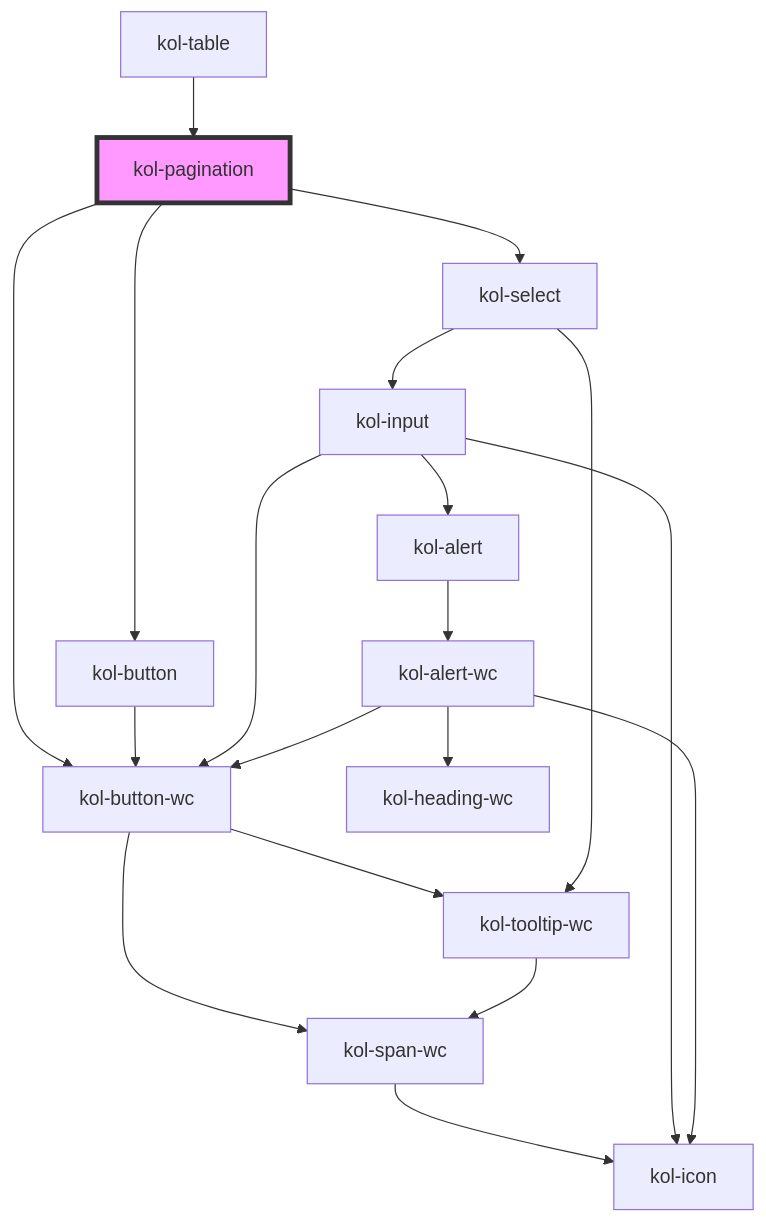
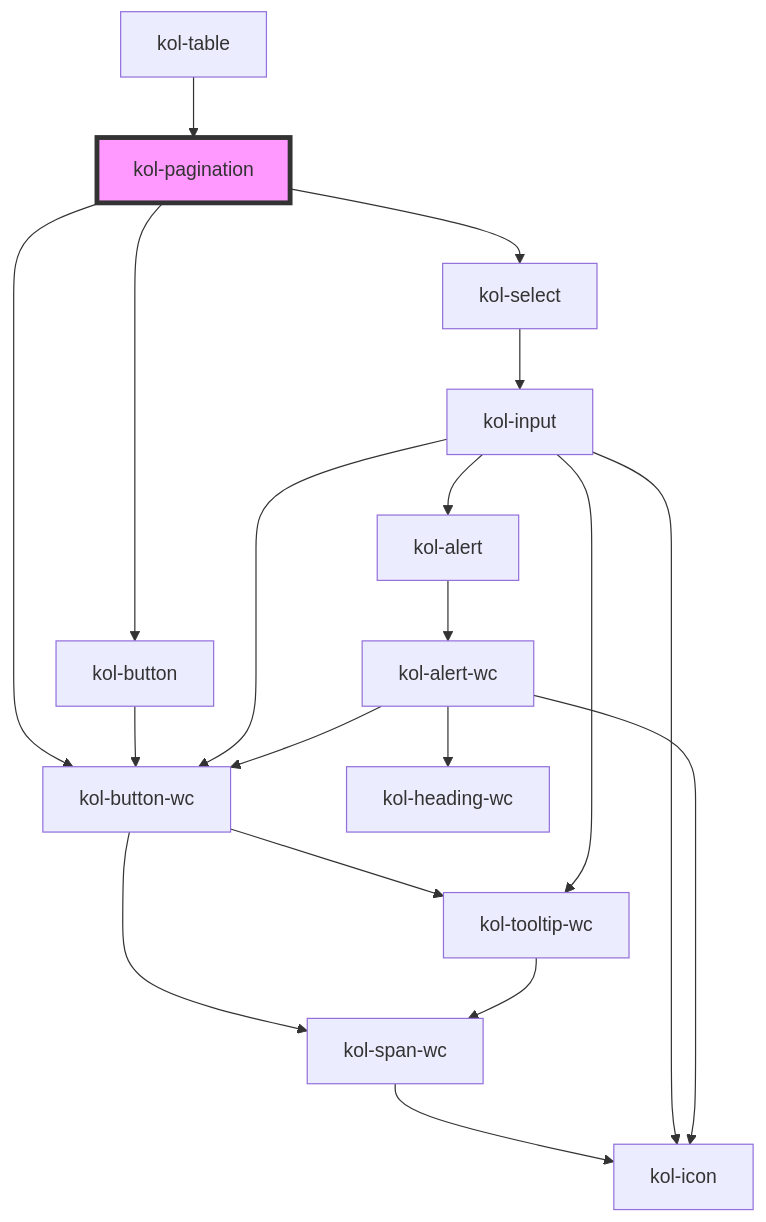
The diagram in packages/components/src/components/pagination/readme.md (public-ui/kolibri), drawn with Mermaid before and after one commit. The commit also changed 69 other files, not shown here.

Commit message:
refactor: input tooltip samples

````diff
--- a/packages/components/src/components/pagination/readme.md
+++ b/packages/components/src/components/pagination/readme.md
@@ -77,22 +77,22 @@
 ```mermaid
 graph TD;
   kol-pagination --> kol-button
   kol-pagination --> kol-select
   kol-pagination --> kol-button-wc
   kol-button --> kol-button-wc
   kol-button-wc --> kol-span-wc
   kol-button-wc --> kol-tooltip-wc
   kol-span-wc --> kol-icon
   kol-tooltip-wc --> kol-span-wc
   kol-select --> kol-input
-  kol-select --> kol-tooltip-wc
   kol-input --> kol-icon
   kol-input --> kol-button-wc
+  kol-input --> kol-tooltip-wc
   kol-input --> kol-alert
   kol-alert --> kol-alert-wc
   kol-alert-wc --> kol-heading-wc
   kol-alert-wc --> kol-button-wc
   kol-alert-wc --> kol-icon
   kol-table --> kol-pagination
   style kol-pagination fill:#f9f,stroke:#333,stroke-width:4px
 ```
````
